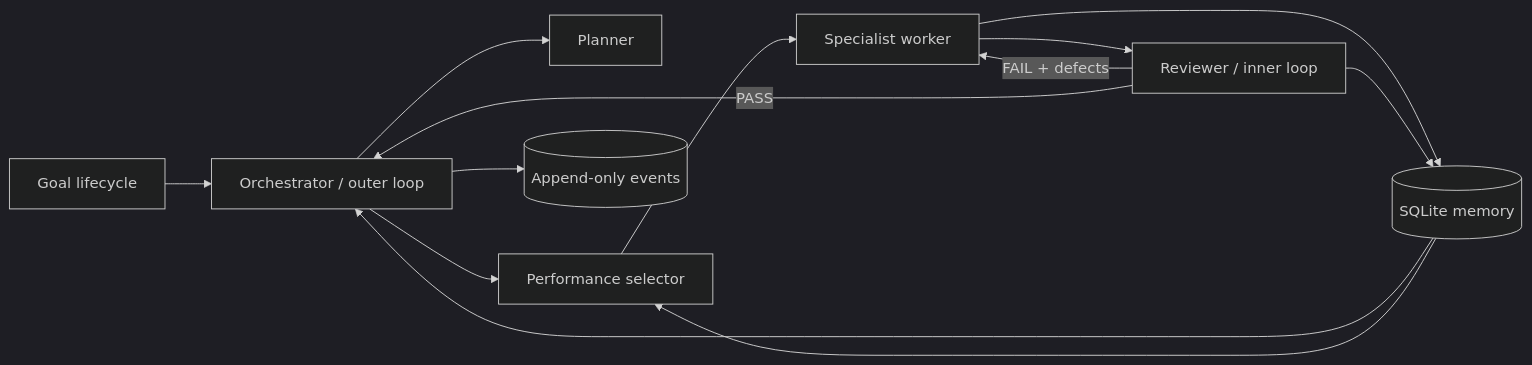
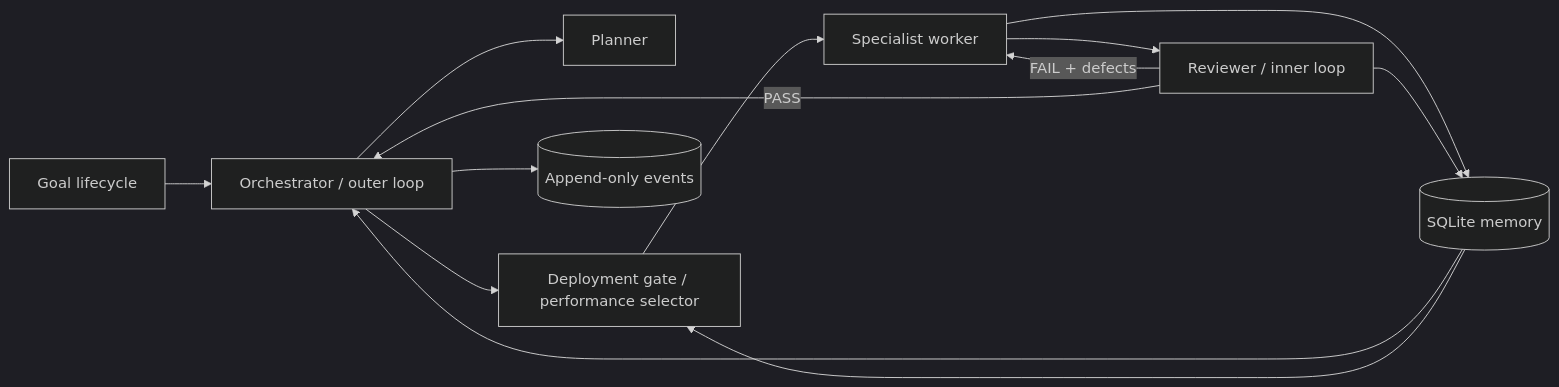
One commit to woshishadowhunter/agent-society-loop changed the diagram in README.md. Above: the diagram before and after it, drawn with Mermaid (dark theme). The commit also changed other lines of this file and 20 other files, not shown here.

````diff
--- a/README.md
+++ b/README.md
@@ -81,15 +96,15 @@
 ```mermaid
 flowchart LR
     G[Goal lifecycle] --> O[Orchestrator / outer loop]
     O --> P[Planner]
-    O --> S[Performance selector]
+    O --> S[Deployment gate / performance selector]
     S --> W[Specialist worker]
     W --> R[Reviewer / inner loop]
     R -->|FAIL + defects| W
     R -->|PASS| O
     M[(SQLite memory)] --> O
     M --> S
     W --> M
     R --> M
     O --> E[(Append-only events)]
 ```
````
